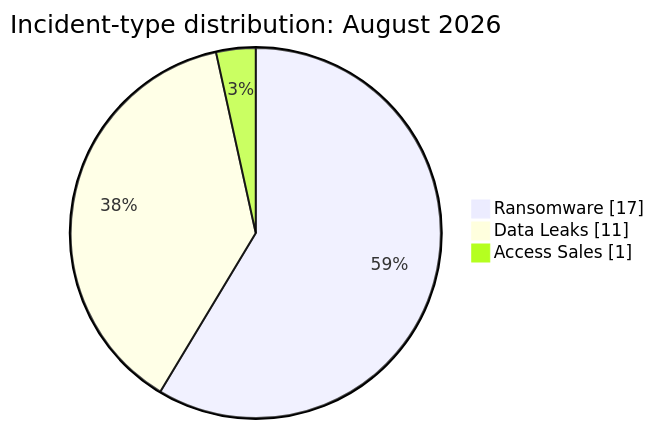
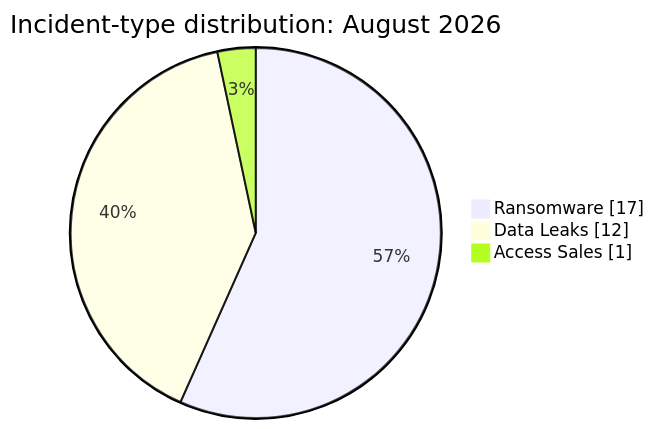
Before and after one commit to Hatchepsoute/AFRINTEL: the seventh of 10 diagrams in CyberAttackAfrica/2026/08-august/README.md, drawn with Mermaid. The commit also changed other lines of this file and 90 other files, not shown here.

````diff
--- a/CyberAttackAfrica/2026/08-august/README.md
+++ b/CyberAttackAfrica/2026/08-august/README.md
@@ -242,7 +242,7 @@
 ```mermaid
 pie showData
     title Incident-type distribution: August 2026
     "Ransomware" : 17
-    "Data Leaks" : 11
+    "Data Leaks" : 12
     "Access Sales" : 1
 ```
````
